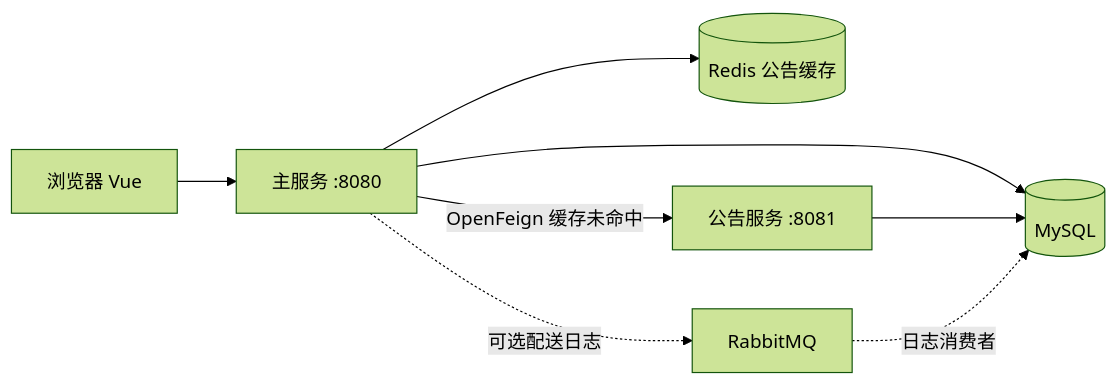
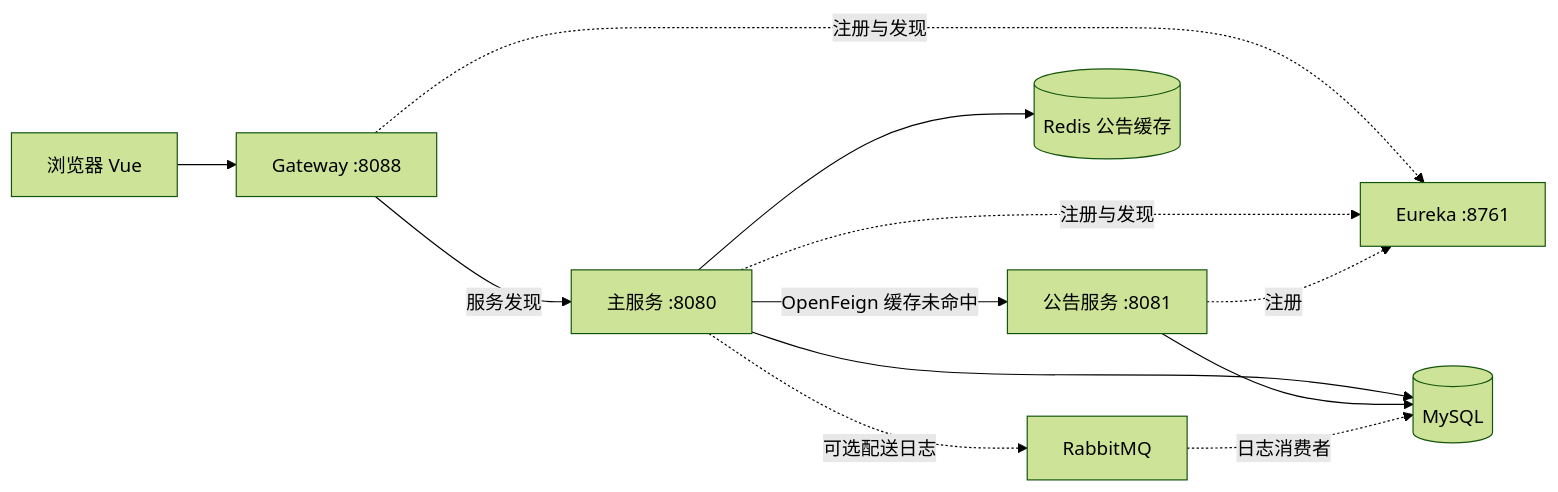
One commit to 17elr/campus-platform changed the diagram in README.md. Above: the diagram before and after it, drawn with Mermaid (forest theme). The commit also changed other lines of this file and 121 other files, not shown here.

````diff
--- a/README.md
+++ b/README.md
@@ -53,10 +54,14 @@
 ```mermaid
 flowchart LR
-    U[浏览器 Vue] --> B[主服务 :8080]
+    U[浏览器 Vue] --> G[Gateway :8088]
+    G -->|服务发现| B[主服务 :8080]
+    G -. 注册与发现 .-> E[Eureka :8761]
+    B -. 注册与发现 .-> E
+    N -. 注册 .-> E
     B --> DB[(MySQL)]
     B --> R[(Redis 公告缓存)]
     B -->|OpenFeign 缓存未命中| N[公告服务 :8081]
     N --> DB
     B -. 可选配送日志 .-> Q[RabbitMQ]
     Q -. 日志消费者 .-> DB
 ```
````
